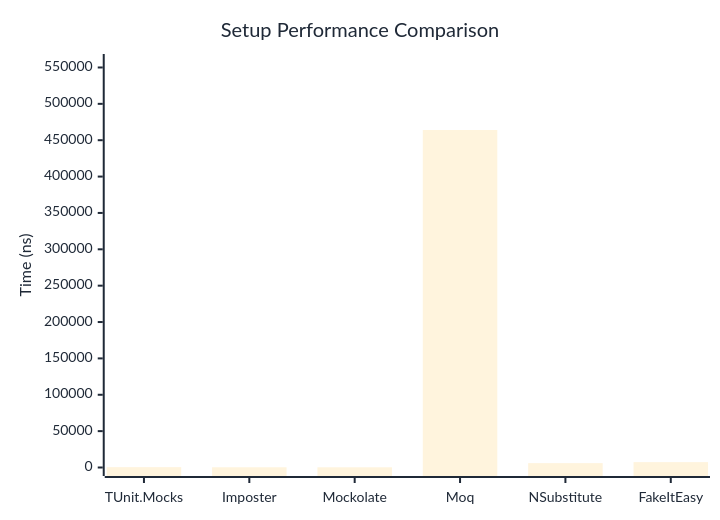
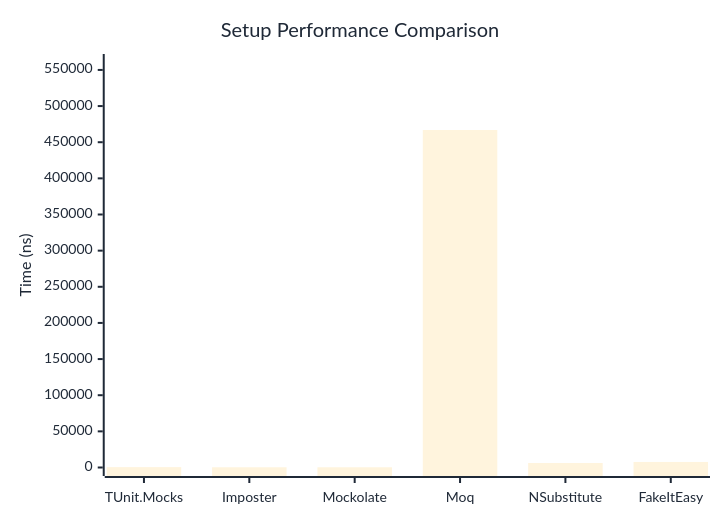
One commit to thomhurst/TUnit changed the first of 2 diagrams in docs/docs/benchmarks/mocks/Setup.md. Above: the diagram before and after it, drawn with Mermaid. The commit also changed other lines of this file and 14 other files, not shown here.

````diff
--- a/docs/docs/benchmarks/mocks/Setup.md
+++ b/docs/docs/benchmarks/mocks/Setup.md
@@ -30,27 +30,27 @@
 ```mermaid
 %%{init: {
   'theme':'base',
   'themeVariables': {
     'primaryColor': '#2563eb',
     'primaryTextColor': '#1f2937',
     'primaryBorderColor': '#1e40af',
     'lineColor': '#6b7280',
     'secondaryColor': '#7c3aed',
     'tertiaryColor': '#dc2626',
     'background': '#ffffff',
     'pie1': '#2563eb',
     'pie2': '#7c3aed',
     'pie3': '#dc2626',
     'pie4': '#f59e0b',
     'pie5': '#10b981',
     'pie6': '#06b6d4',
     'pie7': '#ec4899',
     'pie8': '#6366f1'
   }
 }}%%
 xychart-beta
   title "Setup Performance Comparison"
   x-axis ["TUnit.Mocks", "Imposter", "Mockolate", "Moq", "NSubstitute", "FakeItEasy"]
-  y-axis "Time (ns)" 0 --> 556840
-  bar [481.2, 287.4, 271.3, 464033.3, 6023.1, 7361.4]
+  y-axis "Time (ns)" 0 --> 560278
+  bar [508.3, 309, 293.4, 466898.2, 6248.1, 7679.1]
 ```
````
